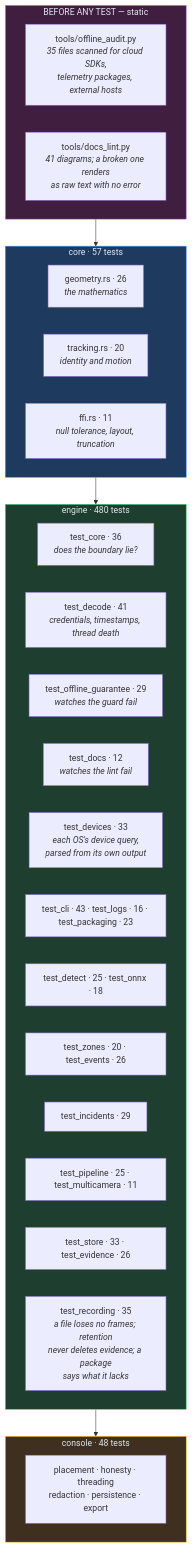
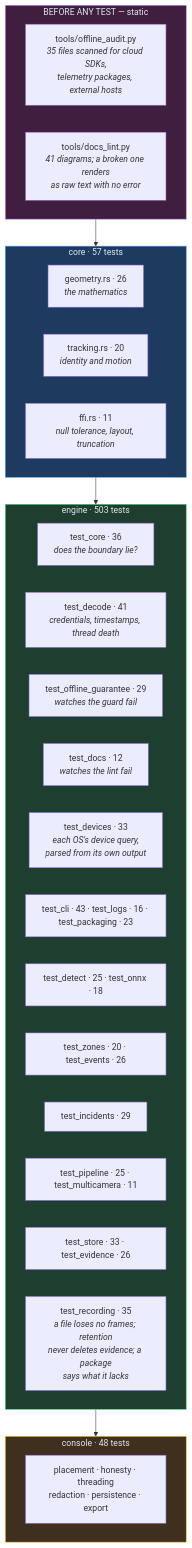
One commit to haidar-farhat/V.I.G.I.L._Vision_Intelligence_and_Geospatial_ncident_Layer changed diagram 15 of 17 in docs/OVERVIEW.md. Above: the diagram before and after it, drawn with Mermaid. The commit also changed other lines of this file and 7 other files, not shown here.

````diff
--- a/docs/OVERVIEW.md
+++ b/docs/OVERVIEW.md
@@ -562,36 +562,36 @@
 ```mermaid
 flowchart TB
     subgraph gate["BEFORE ANY TEST — static"]
         AU["tools/offline_audit.py<br/><i>35 files scanned for cloud SDKs,<br/>telemetry packages, external hosts</i>"]
         DL["tools/docs_lint.py<br/><i>41 diagrams; a broken one renders<br/>as raw text with no error</i>"]
     end
     subgraph rust["core · 57 tests"]
         G["geometry.rs · 26<br/><i>the mathematics</i>"]
         T["tracking.rs · 20<br/><i>identity and motion</i>"]
         F["ffi.rs · 11<br/><i>null tolerance, layout, truncation</i>"]
     end
-    subgraph eng["engine · 480 tests"]
+    subgraph eng["engine · 503 tests"]
         C["test_core · 36<br/><i>does the boundary lie?</i>"]
         DE["test_decode · 41<br/><i>credentials, timestamps, thread death</i>"]
         OG["test_offline_guarantee · 29<br/><i>watches the guard fail</i>"]
         DC["test_docs · 12<br/><i>watches the lint fail</i>"]
         DV["test_devices · 33<br/><i>each OS's device query,<br/>parsed from its own output</i>"]
         CL["test_cli · 43 · test_logs · 16 · test_packaging · 23"]
         DT["test_detect · 25 · test_onnx · 18"]
         Z["test_zones · 20 · test_events · 26"]
         IN["test_incidents · 29"]
         P["test_pipeline · 25 · test_multicamera · 11"]
         ST["test_store · 33 · test_evidence · 26"]
         RE["test_recording · 35<br/><i>a file loses no frames; retention<br/>never deletes evidence; a package<br/>says what it lacks</i>"]
     end
     subgraph con["console · 48 tests"]
         CO["placement · honesty · threading<br/>redaction · persistence · export"]
     end
 
     gate --> rust --> eng --> con
 
     style gate fill:#3f1e3f,stroke:#c084fc,color:#e2e8f0
     style rust fill:#1e3a5f,stroke:#4a9eff,color:#e2e8f0
     style eng fill:#1e3f2f,stroke:#4ade80,color:#e2e8f0
     style con fill:#3f2f1e,stroke:#fbbf24,color:#e2e8f0
 ```
````
